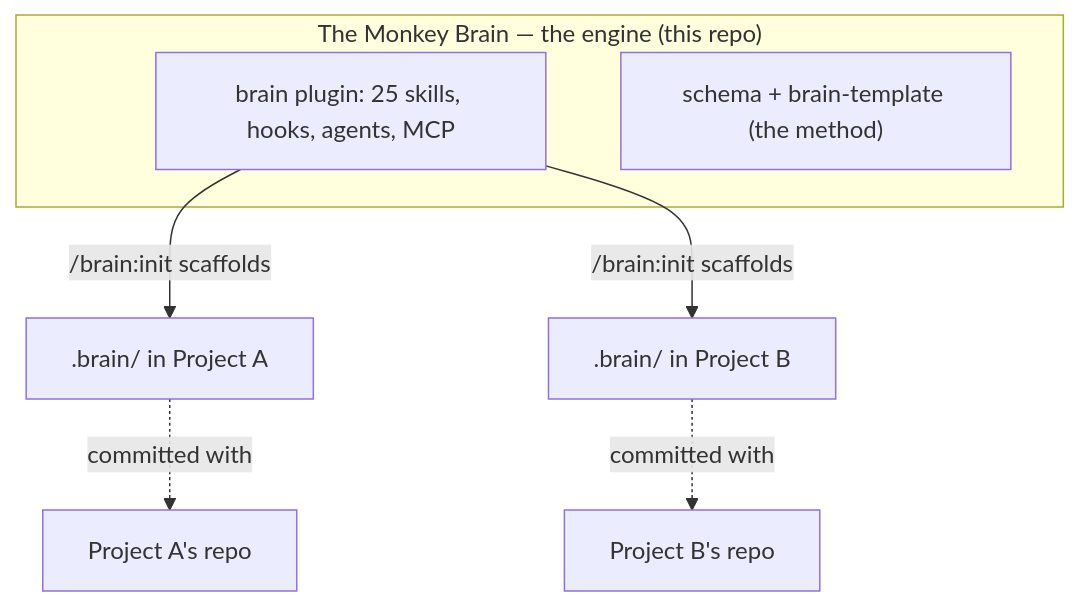
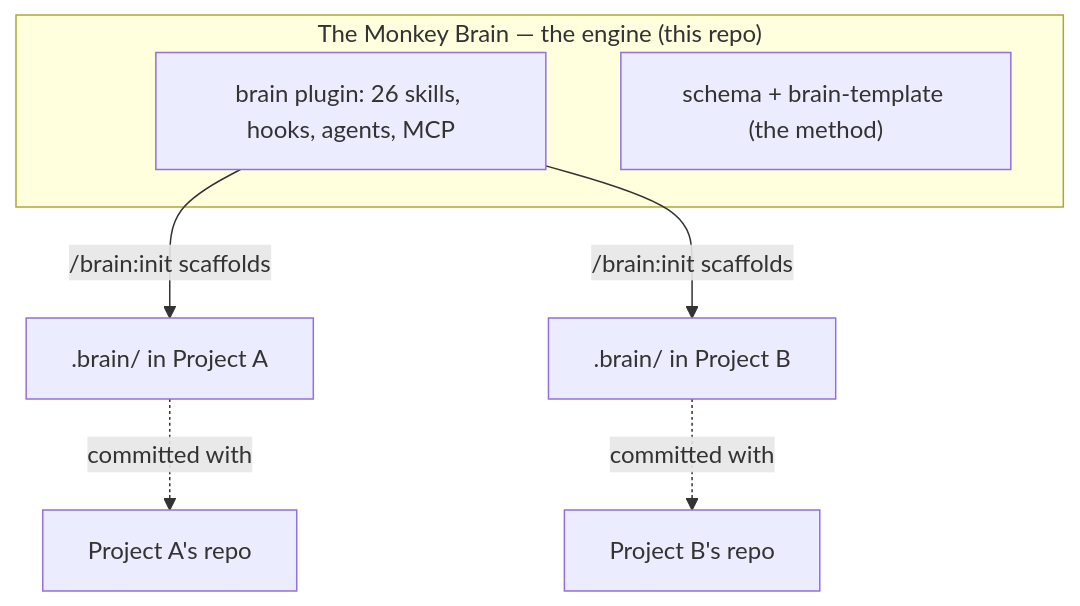
Before and after one commit to NeamulMorshed/The-Monkey-Brain: the second of 2 diagrams in README.md, drawn with Mermaid. The commit also changed other lines of this file and 15 other files, not shown here.

````diff
--- a/README.md
+++ b/README.md
@@ -247,11 +247,11 @@
 ```mermaid
 flowchart TB
     subgraph Engine["The Monkey Brain — the engine (this repo)"]
-        P["brain plugin: 25 skills, hooks, agents, MCP"]
+        P["brain plugin: 26 skills, hooks, agents, MCP"]
         BT["schema + brain-template (the method)"]
     end
     P -->|/brain:init scaffolds| I1[".brain/ in Project A"]
     P -->|/brain:init scaffolds| I2[".brain/ in Project B"]
     I1 -.committed with.-> RA["Project A's repo"]
     I2 -.committed with.-> RB["Project B's repo"]
 ```
````
